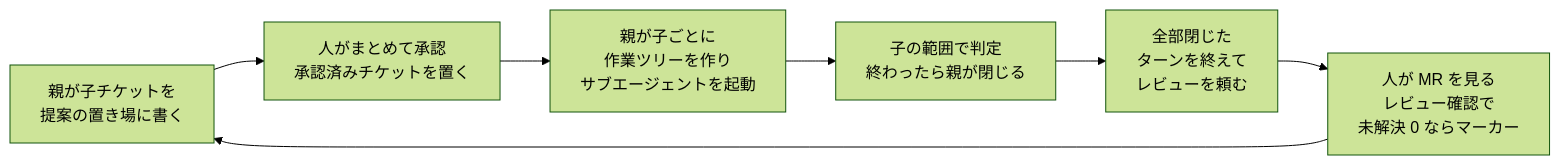
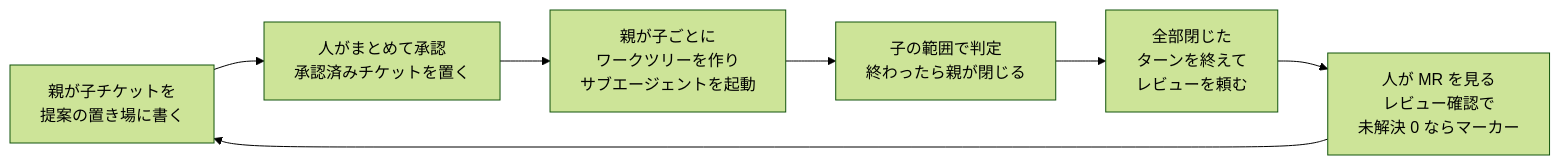
Before and after one commit to yuki-matsu783/ccnavi: the fourth of 4 diagrams in requirements.md, drawn with Mermaid (forest theme). The commit also changed other lines of this file and 96 other files, not shown here.

````diff
--- a/requirements.md
+++ b/requirements.md
@@ -659,9 +659,9 @@
 ```mermaid
 flowchart LR
   A[親が子チケットを<br/>提案の置き場に書く] --> B[人がまとめて承認<br/>承認済みチケットを置く]
-  B --> C[親が子ごとに<br/>作業ツリーを作り<br/>サブエージェントを起動]
+  B --> C[親が子ごとに<br/>ワークツリーを作り<br/>サブエージェントを起動]
   C --> D[子の範囲で判定<br/>終わったら親が閉じる]
   D --> E[全部閉じた<br/>ターンを終えて<br/>レビューを頼む]
   E --> F[人が MR を見る<br/>レビュー確認で<br/>未解決 0 ならマーカー]
   F --> A
 ```
````
